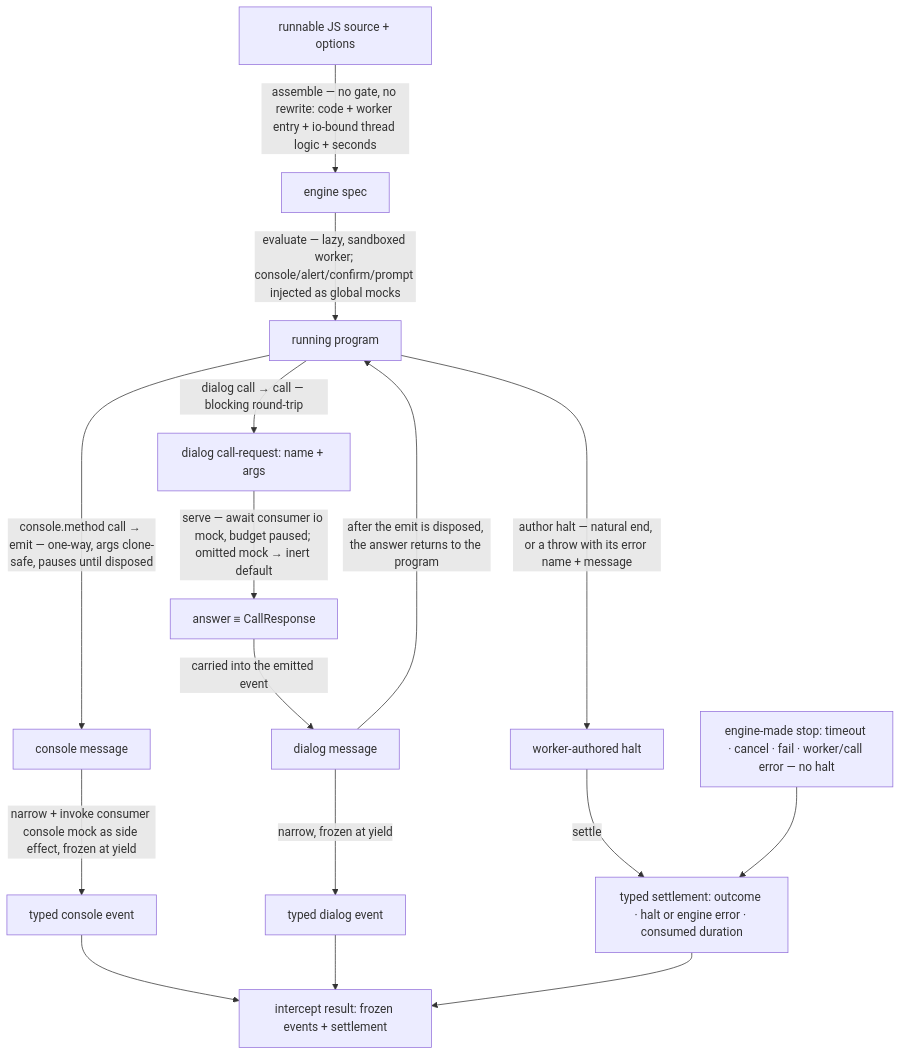
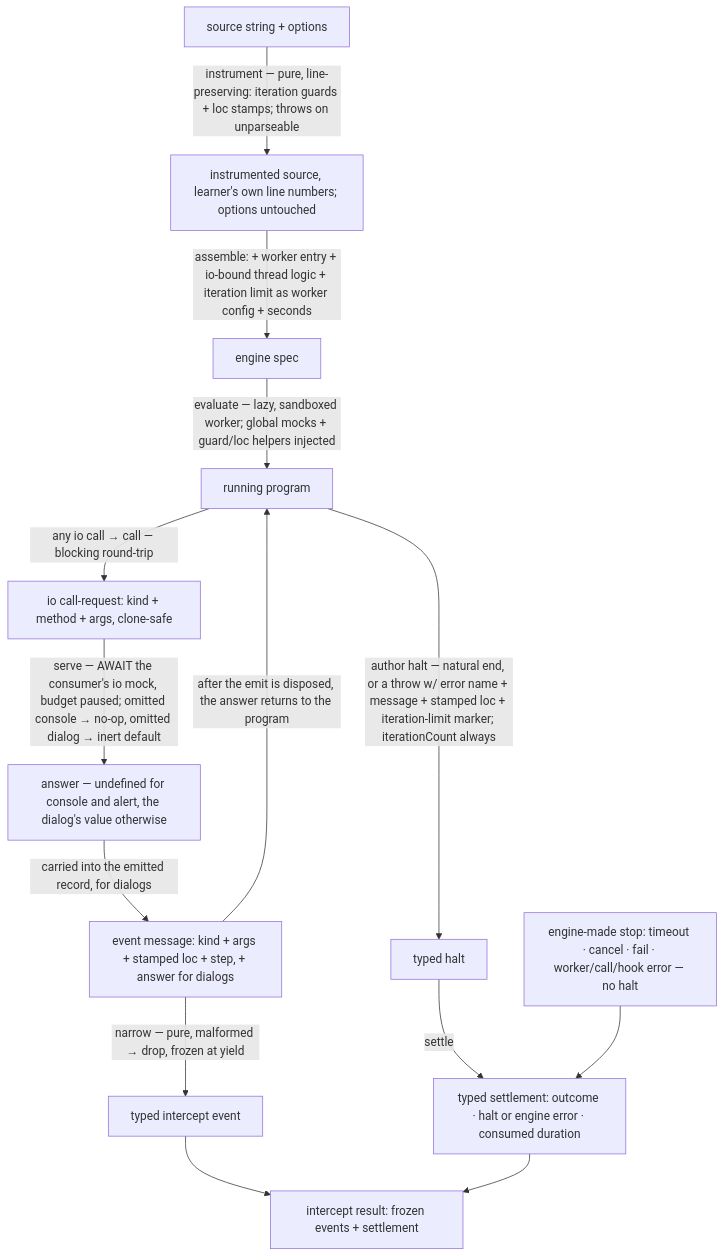
Before and after one commit to codeschoolinabox/curricula: the diagram in src/lib/study-lenses/embody/lib/evaluating/evaluators/intercept/DOCS.md, drawn with Mermaid. The commit also changed other lines of this file and 2 other files, not shown here.

Commit message:
docs: revise intercept evaluator — awaited io, iteration guards, loc stamps (gate redirects)

````diff
--- a/src/lib/study-lenses/embody/lib/evaluating/evaluators/intercept/DOCS.md
+++ b/src/lib/study-lenses/embody/lib/evaluating/evaluators/intercept/DOCS.md
@@ -60,22 +73,19 @@
 ```mermaid
 flowchart TD
-    SRC[runnable JS source + options] -->|assemble — no gate, no rewrite: code + worker entry + io-bound thread logic + seconds| SPEC[engine spec]
-    SPEC -->|evaluate — lazy, sandboxed worker; console/alert/confirm/prompt injected as global mocks| RUN[running program]
+    SRC[source string + options] -->|instrument — pure, line-preserving: iteration guards + loc stamps; throws on unparseable| ICODE[instrumented source, learner's own line numbers; options untouched]
+    ICODE -->|assemble: + worker entry + io-bound thread logic + iteration limit as worker config + seconds| SPEC[engine spec]
+    SPEC -->|evaluate — lazy, sandboxed worker; global mocks + guard/loc helpers injected| RUN[running program]
 
-    RUN -->|console.method call → emit — one-way, args clone-safe, pauses until disposed| CMSG[console message]
-    CMSG -->|narrow + invoke consumer console mock as side effect, frozen at yield| CEVT[typed console event]
+    RUN -->|any io call → call — blocking round-trip| REQ[io call-request: kind + method + args, clone-safe]
+    REQ -->|serve — AWAIT the consumer's io mock, budget paused; omitted console → no-op, omitted dialog → inert default| ANS[answer — undefined for console and alert, the dialog's value otherwise]
+    ANS -->|carried into the emitted record, for dialogs| MSG[event message: kind + args + stamped loc + step, + answer for dialogs]
+    MSG -->|narrow — pure, malformed → drop, frozen at yield| EVT[typed intercept event]
+    MSG -->|after the emit is disposed, the answer returns to the program| RUN
 
-    RUN -->|dialog call → call — blocking round-trip| DREQ[dialog call-request: name + args]
-    DREQ -->|serve — await consumer io mock, budget paused; omitted mock → inert default| ANS[answer ≡ CallResponse]
-    ANS -->|carried into the emitted event| DMSG[dialog message]
-    DMSG -->|narrow, frozen at yield| DEVT[typed dialog event]
-    DMSG -->|after the emit is disposed, the answer returns to the program| RUN
+    RUN -->|author halt — natural end, or a throw w/ error name + message + stamped loc + iteration-limit marker; iterationCount always| HALT[typed halt]
+    HALT -->|settle| SETTLEMENT[typed settlement: outcome · halt or engine error · consumed duration]
+    STOP[engine-made stop: timeout · cancel · fail · worker/call/hook error — no halt] --> SETTLEMENT
 
-    RUN -->|author halt — natural end, or a throw with its error name + message| HALT[worker-authored halt]
-    HALT -->|settle| SETTLEMENT[typed settlement: outcome · halt or engine error · consumed duration]
-    STOP[engine-made stop: timeout · cancel · fail · worker/call error — no halt] --> SETTLEMENT
-
-    CEVT --> RESULT[intercept result: frozen events + settlement]
-    DEVT --> RESULT
+    EVT --> RESULT[intercept result: frozen events + settlement]
     SETTLEMENT --> RESULT
 ```
````
